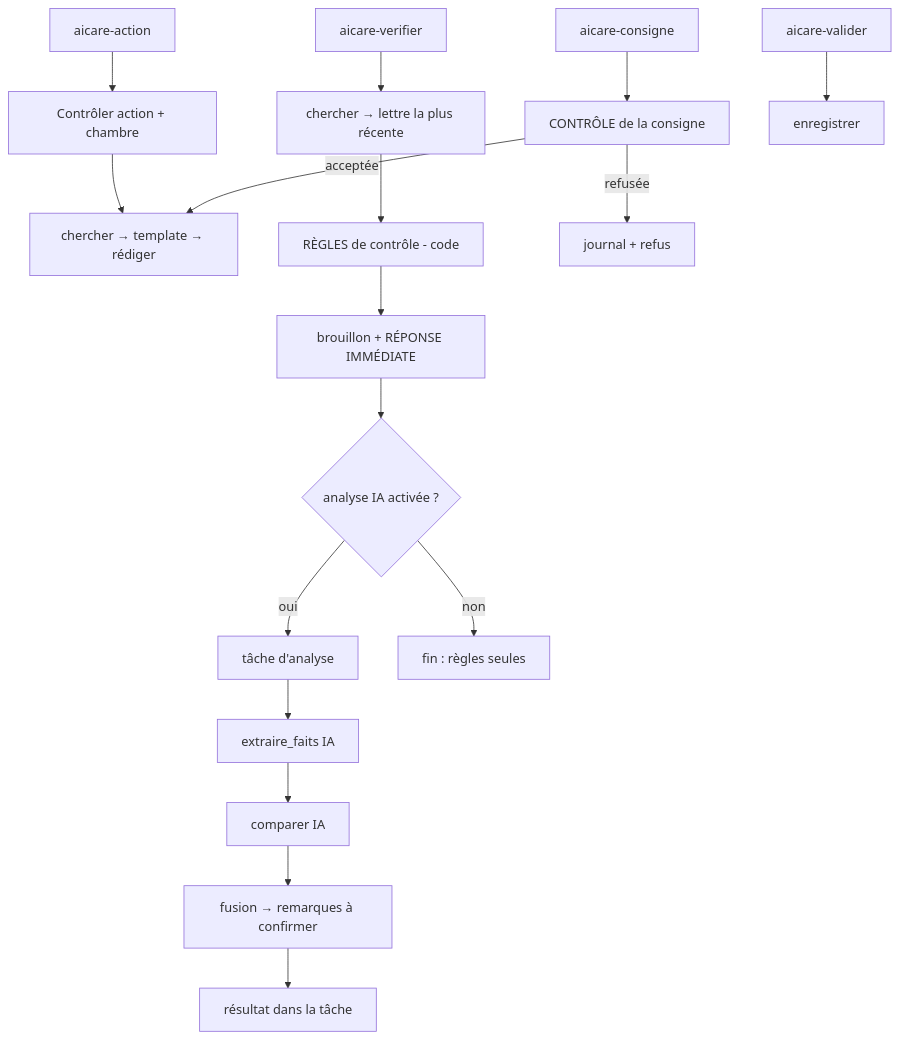
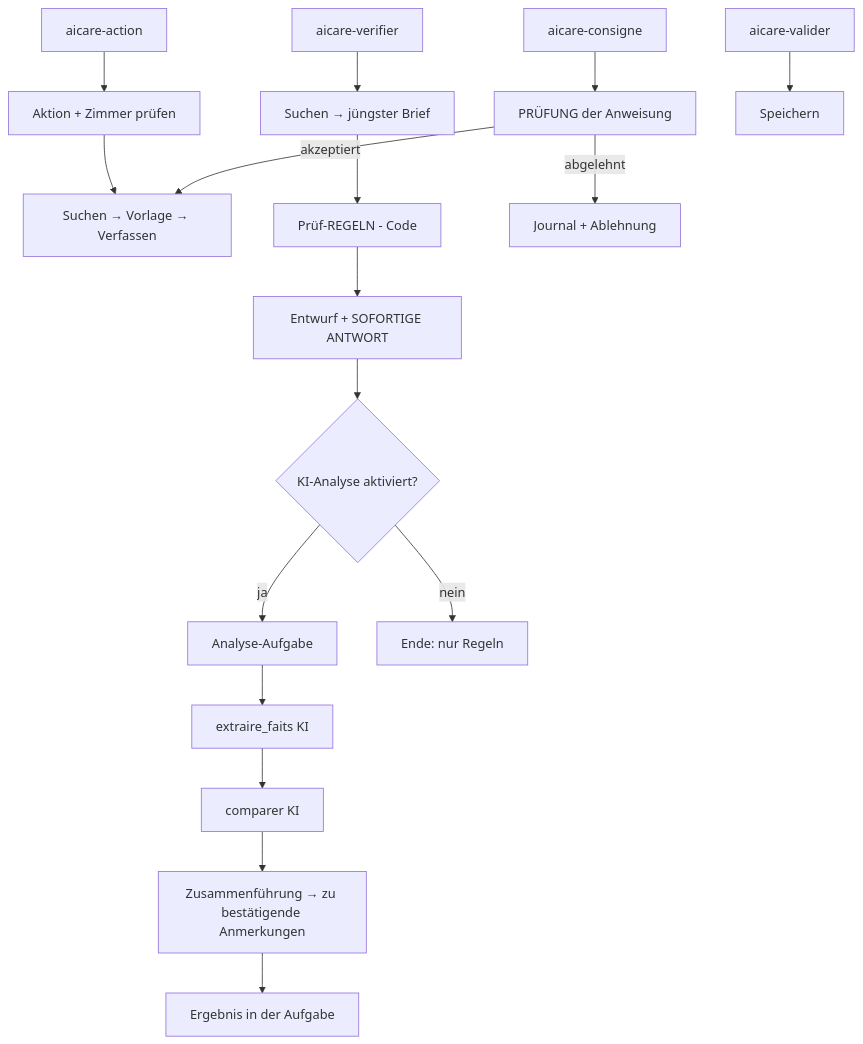
One commit to Arseine1/AI-care-assisatnt-deutsch changed the diagram in docs/interface-n8n.md. Above: the diagram before and after it, drawn with Mermaid. The commit also changed other lines of this file and 324 other files, not shown here.

````diff
--- a/docs/interface-n8n.md
+++ b/docs/interface-n8n.md
@@ -42,19 +42,19 @@
 ```mermaid
 flowchart TD
-  A[aicare-action] --> A1[Contrôler action + chambre]
-  A1 --> T[chercher → template → rédiger]
-  V0[aicare-verifier] --> V[chercher → lettre la plus récente]
-  V --> R[RÈGLES de contrôle - code]
-  R --> BR[brouillon + RÉPONSE IMMÉDIATE]
-  BR --> G{analyse IA activée ?}
-  G -- oui --> TA[tâche d'analyse]
-  TA --> E[extraire_faits IA]
-  E --> C[comparer IA]
-  C --> F[fusion → remarques à confirmer]
-  F --> TR[résultat dans la tâche]
-  G -- non --> FIN[fin : règles seules]
-  B[aicare-consigne] --> B1[CONTRÔLE de la consigne]
-  B1 -- acceptée --> T
-  B1 -- refusée --> J[journal + refus]
-  W[aicare-valider] --> N[enregistrer]
+  A[aicare-action] --> A1[Aktion + Zimmer prüfen]
+  A1 --> T[Suchen → Vorlage → Verfassen]
+  V0[aicare-verifier] --> V[Suchen → jüngster Brief]
+  V --> R[Prüf-REGELN - Code]
+  R --> BR[Entwurf + SOFORTIGE ANTWORT]
+  BR --> G{KI-Analyse aktiviert?}
+  G -- ja --> TA[Analyse-Aufgabe]
+  TA --> E[extraire_faits KI]
+  E --> C[comparer KI]
+  C --> F[Zusammenführung → zu bestätigende Anmerkungen]
+  F --> TR[Ergebnis in der Aufgabe]
+  G -- nein --> FIN[Ende: nur Regeln]
+  B[aicare-consigne] --> B1[PRÜFUNG der Anweisung]
+  B1 -- akzeptiert --> T
+  B1 -- abgelehnt --> J[Journal + Ablehnung]
+  W[aicare-valider] --> N[Speichern]
 ```
````
